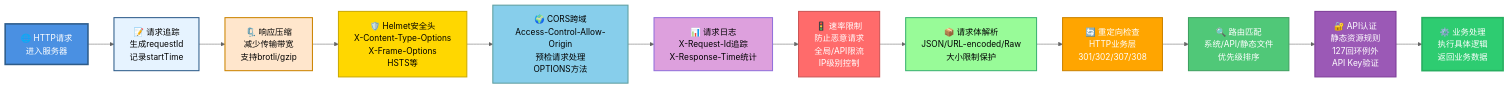
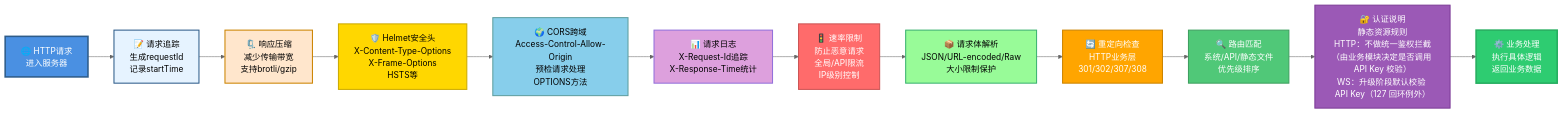
One commit to sunflowermm/XRK-AGT changed diagram 13 of 13 in docs/server.md. Above: the diagram before and after it, drawn with Mermaid (neutral theme). The commit also changed other lines of this file and 2 other files, not shown here.

Commit message:
完善底层 [✏️ 3 修改] +9 -7 行

````diff
--- a/docs/server.md
+++ b/docs/server.md
@@ -856,27 +856,27 @@
 ```mermaid
 flowchart LR
     Request["🌐 HTTP请求<br/>进入服务器"] --> Track["📝 请求追踪<br/>生成requestId<br/>记录startTime"]
     Track --> Compress["🗜️ 响应压缩<br/>减少传输带宽<br/>支持brotli/gzip"]
     Compress --> Helmet["🛡️ Helmet安全头<br/>X-Content-Type-Options<br/>X-Frame-Options<br/>HSTS等"]
     Helmet --> CORS["🌍 CORS跨域<br/>Access-Control-Allow-Origin<br/>预检请求处理<br/>OPTIONS方法"]
     CORS --> Logging["📊 请求日志<br/>X-Request-Id追踪<br/>X-Response-Time统计"]
     Logging --> RateLimit["🚦 速率限制<br/>防止恶意请求<br/>全局/API限流<br/>IP级别控制"]
     RateLimit --> BodyParser["📦 请求体解析<br/>JSON/URL-encoded/Raw<br/>大小限制保护"]
     BodyParser --> Redirect["🔄 重定向检查<br/>HTTP业务层<br/>301/302/307/308"]
     Redirect --> Routes["🔍 路由匹配<br/>系统/API/静态文件<br/>优先级排序"]
-    Routes --> Auth["🔐 API认证<br/>静态资源规则<br/>127回环例外<br/>API Key验证"]
+    Routes --> Auth["🔐 认证说明<br/>静态资源规则<br/>HTTP：不做统一鉴权拦截（由业务模块决定是否调用 API Key 校验）<br/>WS：升级阶段默认校验 API Key（127 回环例外）"]
     Auth --> Handler["⚙️ 业务处理<br/>执行具体逻辑<br/>返回业务数据"]
     
     style Request fill:#4A90E2,stroke:#2E5C8A,stroke-width:3px,color:#fff
     style Track fill:#E6F3FF,stroke:#2E5C8A,stroke-width:2px
     style Compress fill:#FFE6CC,stroke:#CC8400,stroke-width:2px
     style Helmet fill:#FFD700,stroke:#CCAA00,stroke-width:2px,color:#000
     style CORS fill:#87CEEB,stroke:#5F9EA0,stroke-width:2px
     style Logging fill:#DDA0DD,stroke:#9370DB,stroke-width:2px
     style RateLimit fill:#FF6B6B,stroke:#CC5555,stroke-width:2px,color:#fff
     style BodyParser fill:#98FB98,stroke:#3CB371,stroke-width:2px
     style Redirect fill:#FFA500,stroke:#CC8400,stroke-width:2px,color:#fff
     style Routes fill:#50C878,stroke:#3FA060,stroke-width:2px,color:#fff
     style Auth fill:#9B59B6,stroke:#7D3C98,stroke-width:2px,color:#fff
     style Handler fill:#2ECC71,stroke:#27AE60,stroke-width:3px,color:#fff
 ```
````
